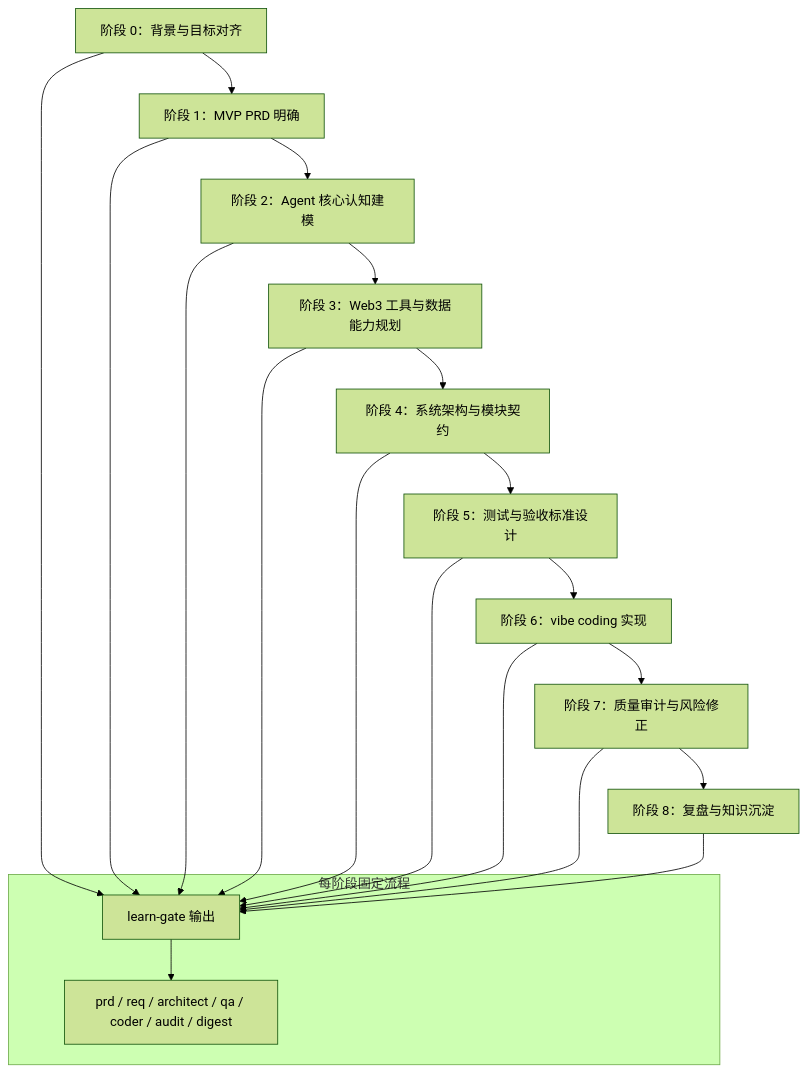
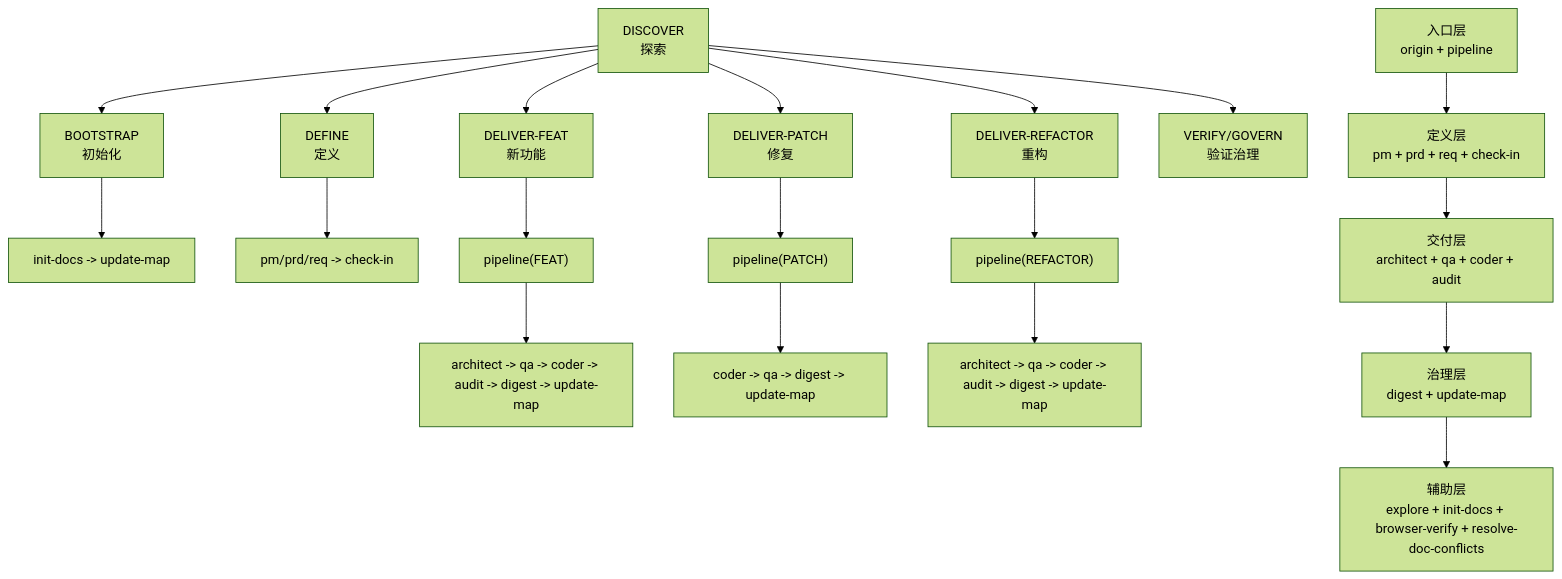
One commit to CryptoLinxu/Web3-AI-Agent changed the second of 6 diagrams in .qoder/repowiki/zh/content/快速开始.md. Above: the diagram before and after it, drawn with Mermaid (forest theme). The commit also changed other lines of this file and 15 other files, not shown here.

````diff
--- a/.qoder/repowiki/zh/content/快速开始.md
+++ b/.qoder/repowiki/zh/content/快速开始.md
@@ -97,23 +101,21 @@
 ```mermaid
 flowchart TD
-A["阶段 0：背景与目标对齐"] --> B["阶段 1：MVP PRD 明确"]
-B --> C["阶段 2：Agent 核心认知建模"]
-C --> D["阶段 3：Web3 工具与数据能力规划"]
-D --> E["阶段 4：系统架构与模块契约"]
-E --> F["阶段 5：测试与验收标准设计"]
-F --> G["阶段 6：vibe coding 实现"]
-G --> H["阶段 7：质量审计与风险修正"]
-H --> I["阶段 8：复盘与知识沉淀"]
-subgraph "每阶段固定流程"
-L["learn-gate 输出"] --> P["prd / req / architect / qa / coder / audit / digest"]
-end
-A --> L
-B --> L
-C --> L
-D --> L
-E --> L
-F --> L
-G --> L
-H --> L
-I --> L
+A["DISCOVER<br/>探索"] --> B["BOOTSTRAP<br/>初始化"]
+A --> C["DEFINE<br/>定义"]
+A --> D["DELIVER-FEAT<br/>新功能"]
+A --> E["DELIVER-PATCH<br/>修复"]
+A --> F["DELIVER-REFACTOR<br/>重构"]
+A --> G["VERIFY/GOVERN<br/>验证治理"]
+B --> H["init-docs -> update-map"]
+C --> I["pm/prd/req -> check-in"]
+D --> J["pipeline(FEAT)"]
+E --> K["pipeline(PATCH)"]
+F --> L["pipeline(REFACTOR)"]
+J --> M["architect -> qa -> coder -> audit -> digest -> update-map"]
+K --> N["coder -> qa -> digest -> update-map"]
+L --> O["architect -> qa -> coder -> audit -> digest -> update-map"]
+P["入口层<br/>origin + pipeline"] --> Q["定义层<br/>pm + prd + req + check-in"]
+Q --> R["交付层<br/>architect + qa + coder + audit"]
+R --> S["治理层<br/>digest + update-map"]
+S --> T["辅助层<br/>explore + init-docs + browser-verify + resolve-doc-conflicts"]
 ```
````
